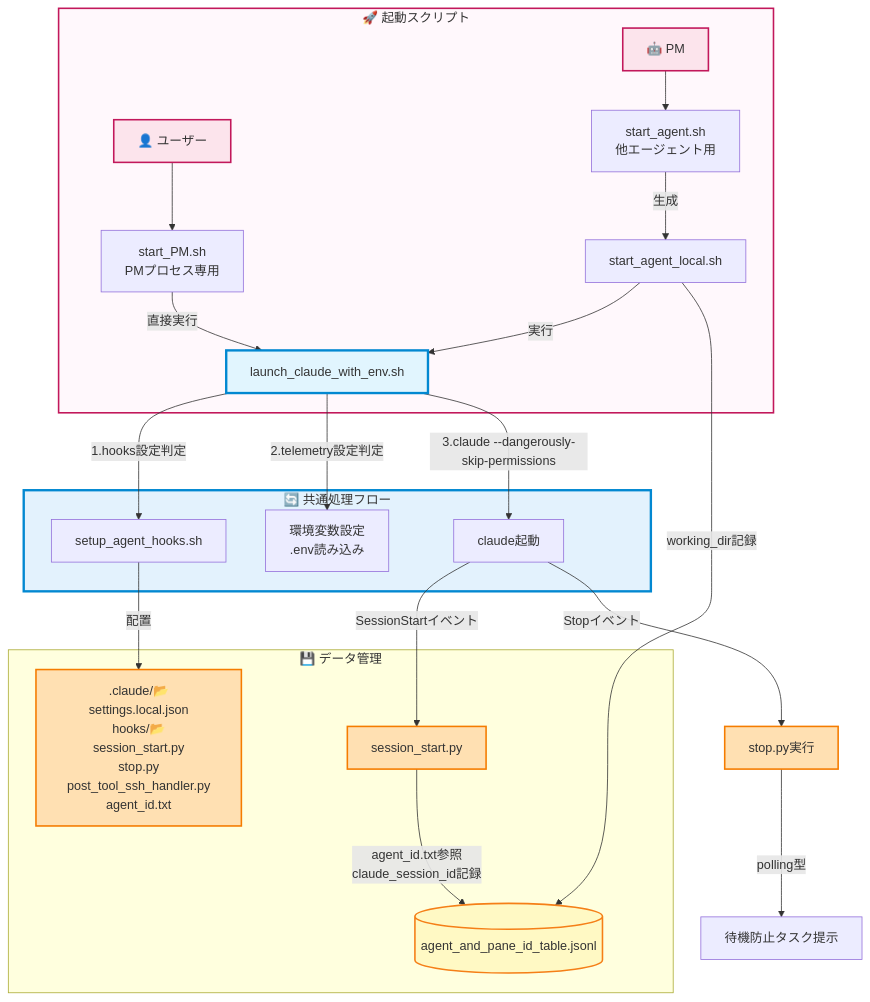
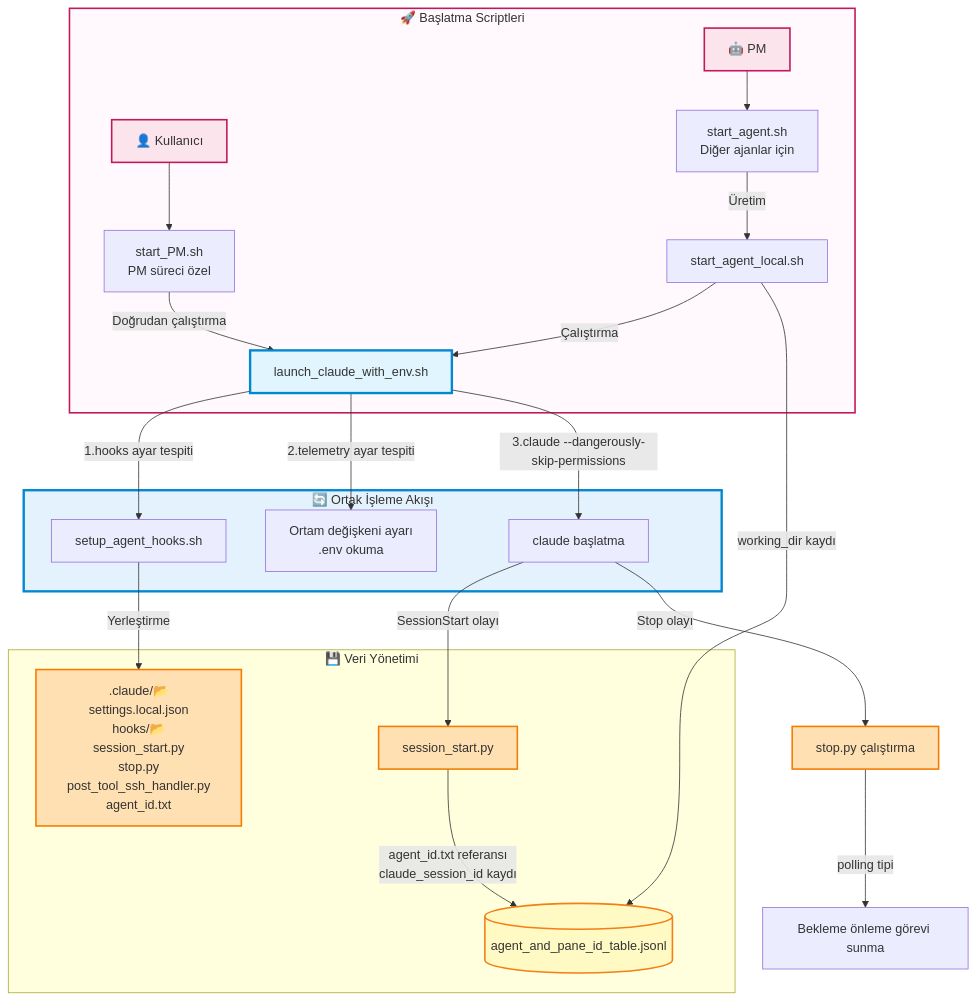
The second of 3 diagrams in README.md (erkinalp/VibeCodeHPC-tr), drawn with Mermaid before and after one commit. The commit also changed other lines of this file and 40 other files, not shown here.

````diff
--- a/README.md
+++ b/README.md
@@ -100,53 +100,53 @@
 ```mermaid
 flowchart TB
-      %% 起動スクリプトの包含関係
-      subgraph StartScripts["🚀 起動スクリプト"]
-      User[👤 ユーザー] 
+      %% Başlatma scriptlerinin içerme ilişkileri
+      subgraph StartScripts["🚀 Başlatma Scriptleri"]
+      User[👤 Kullanıcı] 
       PM[🤖 PM]
-      User -->StartPM[start_PM.sh<br/>PMプロセス専用]
-      PM -->StartAgent[start_agent.sh<br/>他エージェント用]
+      User -->StartPM[start_PM.sh<br/>PM süreci özel]
+      PM -->StartAgent[start_agent.sh<br/>Diğer ajanlar için]
 
-          StartPM -->|直接実行| LaunchClaude
-          StartAgent -->|生成| LocalScript[start_agent_local.sh]
-          LocalScript -->|実行| LaunchClaude
+          StartPM -->|Doğrudan çalıştırma| LaunchClaude
+          StartAgent -->|Üretim| LocalScript[start_agent_local.sh]
+          LocalScript -->|Çalıştırma| LaunchClaude
       end
 
-      %% 共通処理の流れ
-      subgraph CommonFlow["🔄 共通処理フロー"]
+      %% Ortak işleme akışı
+      subgraph CommonFlow["🔄 Ortak İşleme Akışı"]
           LaunchClaude[launch_claude_with_env.sh]
-          LaunchClaude -->|1.hooks設定判定| SetupHooks[setup_agent_hooks.sh]
-          LaunchClaude -->|2.telemetry設定判定| EnvSetup[環境変数設定<br/>.env読み込み]
+          LaunchClaude -->|1.hooks ayar tespiti| SetupHooks[setup_agent_hooks.sh]
+          LaunchClaude -->|2.telemetry ayar tespiti| EnvSetup[Ortam değişkeni ayarı<br/>.env okuma]
           LaunchClaude -->|3.claude --dangerously-skip-permissions| Claude[claude --dangerously-skip-permissions]
       end
 
-      %% データフロー
-      subgraph DataFlow["💾 データ管理"]
-          SetupHooks -->|配置| HooksDir[.claude/📂settings.local.json<br/>hooks/📂<br/>session_start.py<br/>stop.py<br/>post_tool_ssh_handler.py<br/>agent_id.txt ]
+      %% Veri akışı
+      subgraph DataFlow["💾 Veri Yönetimi"]
+          SetupHooks -->|Yerleştirme| HooksDir[.claude/📂settings.local.json<br/>hooks/📂<br/>session_start.py<br/>stop.py<br/>post_tool_ssh_handler.py<br/>agent_id.txt ]
 
-          LocalScript -->|working_dir記録| JSONL
-          Claude -->|SessionStartイベント| SessionHook[session_start.py]
-          SessionHook -->|agent_id.txt参照<br/>claude_session_id記録| JSONL
+          LocalScript -->|working_dir kaydı| JSONL
+          Claude -->|SessionStart olayı| SessionHook[session_start.py]
+          SessionHook -->|agent_id.txt referansı<br/>claude_session_id kaydı| JSONL
 
           JSONL[(agent_and_pane_id_table.jsonl)]
       end
 
-      %% Stop hookの動作フロー
-      Claude[claude起動] -->|Stopイベント| StopHook[stop.py実行]
-      StopHook -->|polling型| PreventWait[待機防止タスク提示]
+      %% Stop hook'un çalışma akışı
+      Claude[claude başlatma] -->|Stop olayı| StopHook[stop.py çalıştırma]
+      StopHook -->|polling tipi| PreventWait[Bekleme önleme görevi sunma]
 
-      %% スタイリング
+      %% Stillendirme
       style StartScripts fill:#fff8fc,stroke:#c2185b,stroke-width:2px
 
       style CommonFlow fill:#e3f2fd,stroke:#0288d1,stroke-width:3px
 
       style User fill:#fce4ec,stroke:#c2185b,stroke-width:2px
       style PM fill:#fce4ec,stroke:#c2185b,stroke-width:2px
       style LaunchClaude fill:#e1f5fe,stroke:#0288d1,stroke-width:3px
 
       style JSONL fill:#fff9c4,stroke:#f57f17,stroke-width:2px
       style JSONL fill:#fff9c4,stroke:#f57f17,stroke-width:2px
 
       style HooksDir fill:#ffe0b2,stroke:#f57c00,stroke-width:2px
       style StopHook fill:#ffe0b2,stroke:#f57c00,stroke-width:2px
       style SessionHook fill:#ffe0b2,stroke:#f57c00,stroke-width:2px
 ```
````
